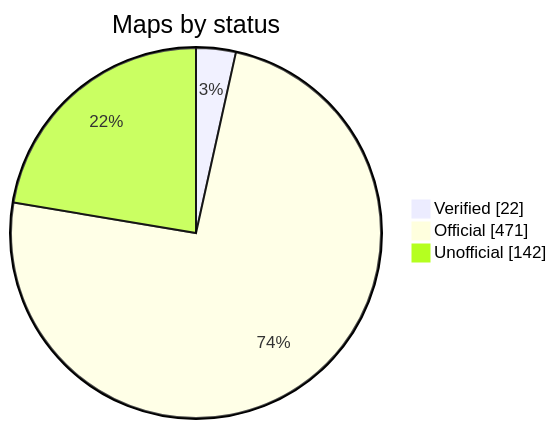
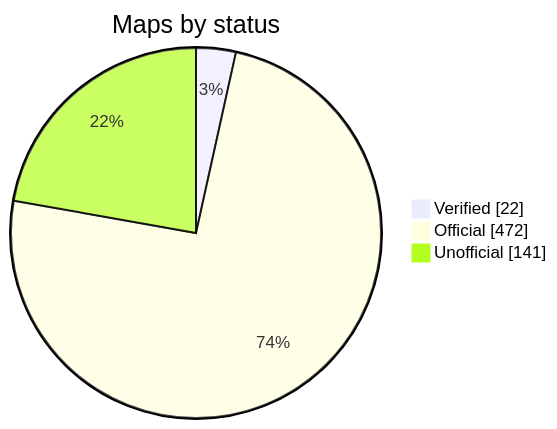
The diagram in README.md (nobrega8/mbmap-library), drawn with Mermaid before and after one commit. The commit also changed 6 other files, not shown here.

````diff
--- a/README.md
+++ b/README.md
@@ -52,7 +52,7 @@
 ```mermaid
 pie showData
     title Maps by status
     "Verified" : 22
-    "Official" : 471
-    "Unofficial" : 142
+    "Official" : 472
+    "Unofficial" : 141
 ```
````
